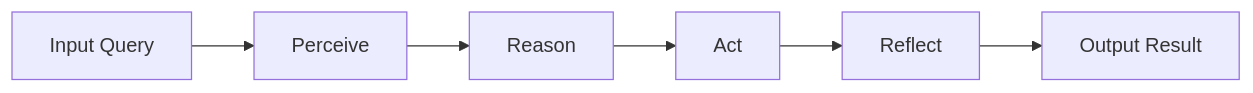
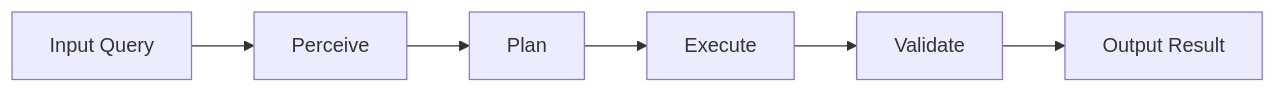
The first of 2 diagrams in docs/templates/agentic_solution_template/README.md (chronosnehal/thinkcraft), drawn with Mermaid before and after one commit. The commit also changed other lines of this file and 70 other files, not shown here.

````diff
--- a/docs/templates/agentic_solution_template/README.md
+++ b/docs/templates/agentic_solution_template/README.md
@@ -26,8 +54,8 @@
 ```mermaid
 graph LR
     A[Input Query] --> B[Perceive]
-    B --> C[Reason]
-    C --> D[Act]
-    D --> E[Reflect]
+    B --> C[Plan]
+    C --> D[Execute]
+    D --> E[Validate]
     E --> F[Output Result]
 ```
````
